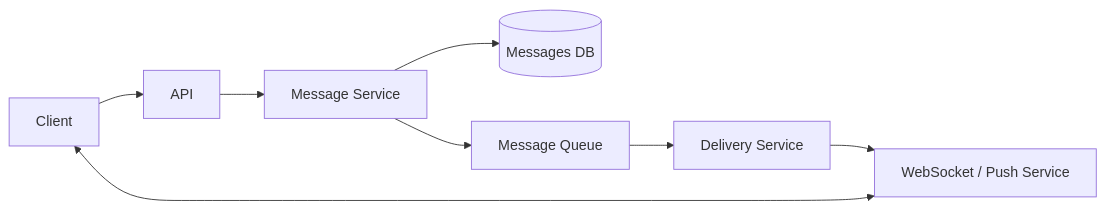
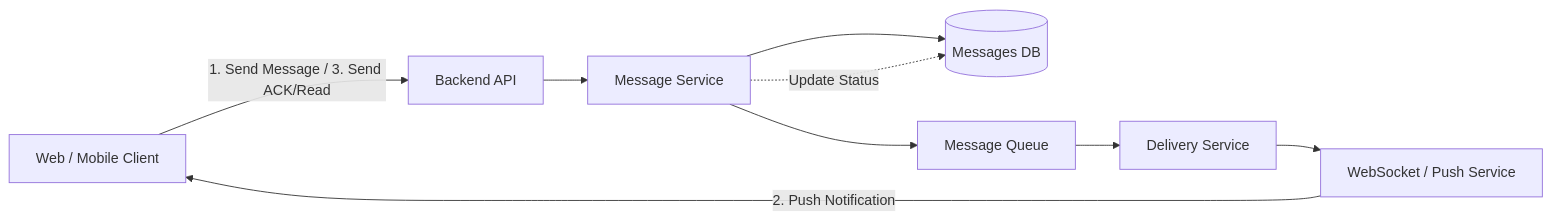
One commit to artembaranovsky1/Software-Design-and-Documentation_lab-1.1 changed the first of 3 diagrams in README.md. Above: the diagram before and after it, drawn with Mermaid.

````diff
--- a/README.md
+++ b/README.md
@@ -4,10 +4,13 @@
 ```mermaid
 graph LR
-    Client --> API
+    Client[Web / Mobile Client] -- "1. Send Message / 3. Send ACK/Read" --> API[Backend API]
     API --> MS[Message Service]
     MS --> DB[(Messages DB)]
     MS --> Queue[Message Queue]
     Queue --> DS[Delivery Service]
     DS --> WS[WebSocket / Push Service]
-    WS <--> Client
+    WS -- "2. Push Notification" --> Client
+    
+    %% Зворотний зв'язок для статусів
+    MS -. "Update Status" .-> DB
 ```
````
